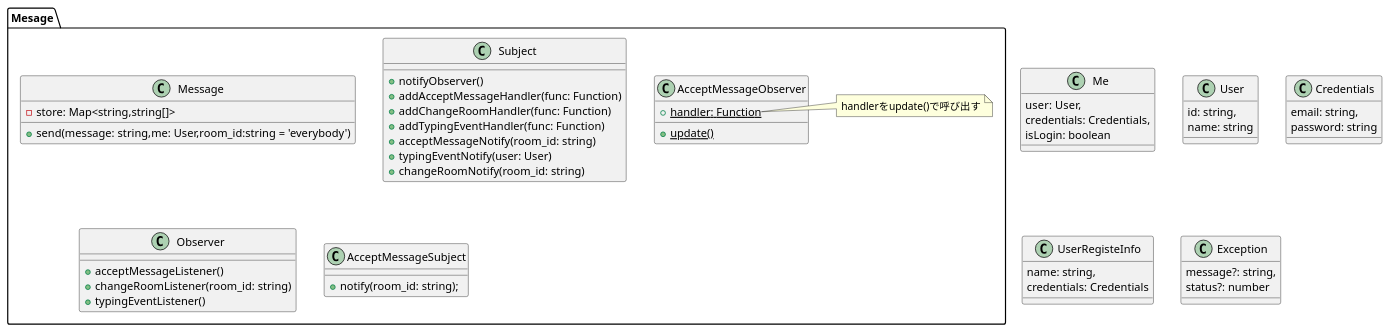
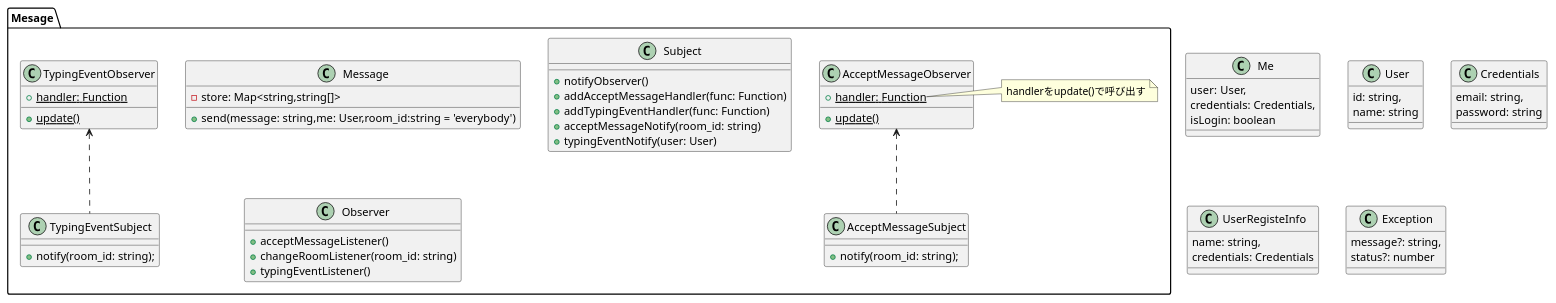
One commit to TOnodera/chatterman changed the diagram in documents/plantUML/クラス図/クラス図-フロント-.wsd. Above: the diagram before and after it, drawn with PlantUML. The commit also changed 4 other files, not shown here.

```diff
--- a/documents/plantUML/クラス図/クラス図-フロント-.wsd
+++ b/documents/plantUML/クラス図/クラス図-フロント-.wsd
@@ -1,70 +1,83 @@
 @startuml
 
 package Mesage{
 
     class Message{
         -store: Map<string,string[]>
         +send(message: string,me: User,room_id:string = 'everybody')
     }
 
     class Subject{
         +notifyObserver()
         +addAcceptMessageHandler(func: Function)
-        +addChangeRoomHandler(func: Function)
         +addTypingEventHandler(func: Function)
         +acceptMessageNotify(room_id: string)
         +typingEventNotify(user: User)
-        +changeRoomNotify(room_id: string)
     }
 
     class Observer{
         +acceptMessageListener()
         +changeRoomListener(room_id: string)
         +typingEventListener()
     }
 
     class AcceptMessageSubject{
         +notify(room_id: string);
     }
 
     class AcceptMessageObserver{
         +{static} handler: Function
         +{static} update()
     }
     note right of AcceptMessageObserver::handler
     handlerをupdate()で呼び出す
     end note
+
+    class TypingEventSubject{
+        +notify(room_id: string);
+    }
+
+    class TypingEventObserver{
+        +{static} handler: Function
+        +{static} update()
+    }
+    note right of AcceptMessageObserver::handler
+    handlerをupdate()で呼び出す
+    end note
+
+    AcceptMessageObserver <.. AcceptMessageSubject
+    TypingEventObserver <.. TypingEventSubject
 
 }
 
 
 
 class Me{
     user: User,
     credentials: Credentials,
     isLogin: boolean
 }
 
 class User{
     id: string,
     name: string
 }
 
 class Credentials{
     email: string,
     password: string
 }
 
 class UserRegisteInfo {
     name: string,
     credentials: Credentials
 }
 
 class Exception{
     message?: string,
     status?: number
 }
 
 
 
 @enduml
```
